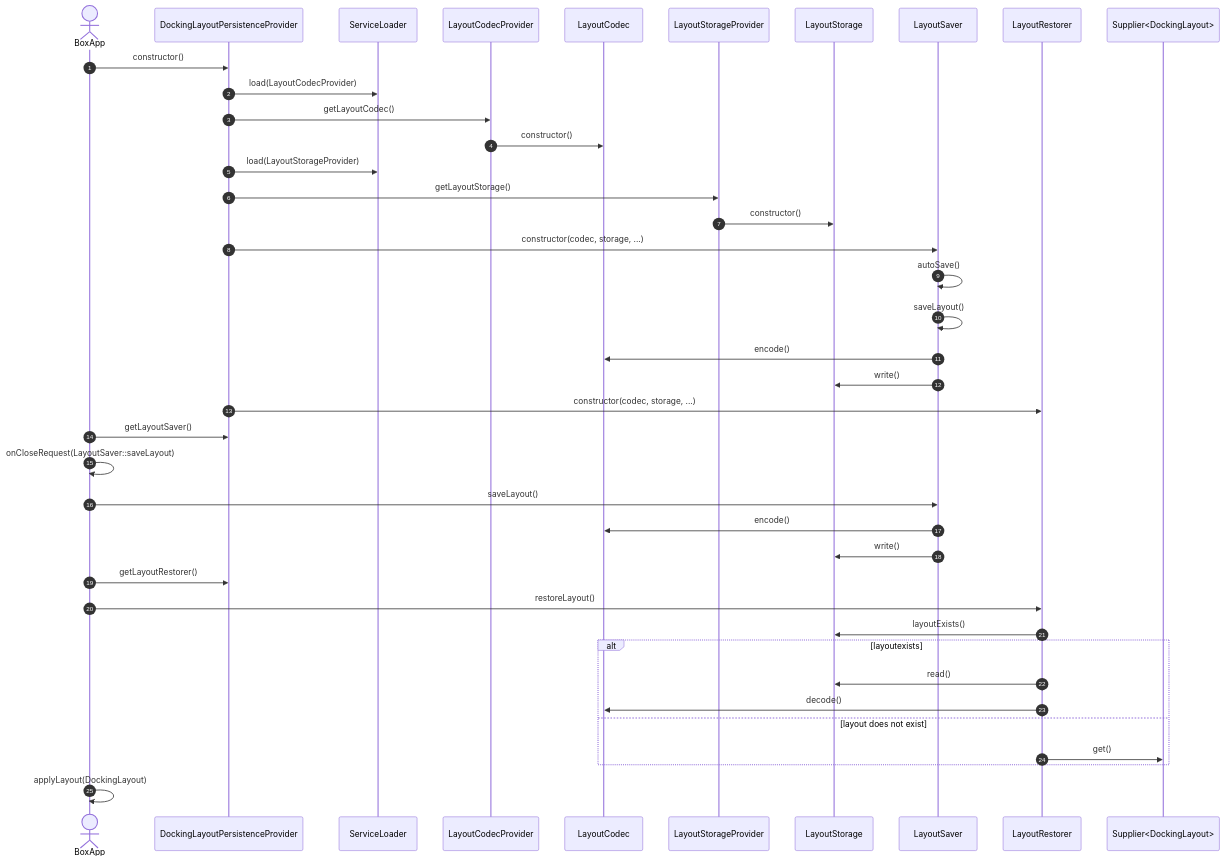
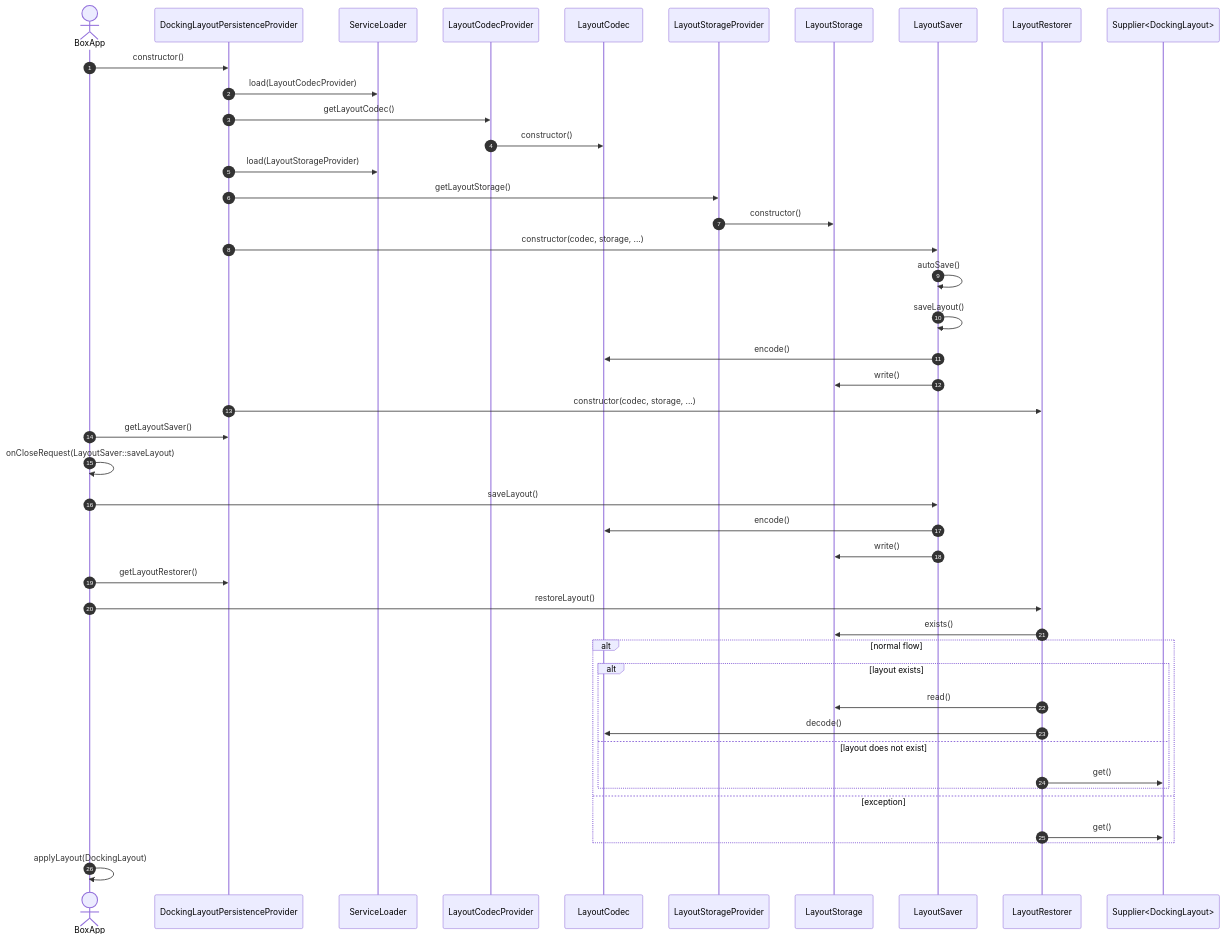
The first of 2 diagrams in assets/docking-layout-persistence-diagrams.md (philliplbryant/BentoFX), drawn with Mermaid before and after one commit. The commit also changed other lines of this file and 1 other file, not shown here.

Commit message:
BENTO-13: * Update design docs to indicate auto saving and restoring default layout.

````diff
--- a/assets/docking-layout-persistence-diagrams.md
+++ b/assets/docking-layout-persistence-diagrams.md
@@ -5,46 +5,50 @@
 ```mermaid
 sequenceDiagram
     autonumber
     actor BoxApp
     participant persistenceProvider as DockingLayoutPersistenceProvider
     participant serviceLoader as ServiceLoader
     participant codecProvider as LayoutCodecProvider
     participant codec as LayoutCodec
     participant storageProvider as LayoutStorageProvider
     participant storage as LayoutStorage
     participant layoutSaver as LayoutSaver
     participant layoutRestorer as LayoutRestorer
     participant supplier as Supplier<DockingLayout>
 
     BoxApp->>persistenceProvider: constructor()
     persistenceProvider->>serviceLoader: load(LayoutCodecProvider)
     persistenceProvider->>codecProvider: getLayoutCodec()
     codecProvider->>codec:constructor()
     persistenceProvider->>serviceLoader: load(LayoutStorageProvider)
     persistenceProvider->>storageProvider: getLayoutStorage()
     storageProvider->>storage:constructor()
     persistenceProvider->>layoutSaver:constructor(codec, storage, ...)
     layoutSaver->>layoutSaver:autoSave()
     layoutSaver->>layoutSaver:saveLayout()
     layoutSaver->>codec:encode()
     layoutSaver->>storage:write()
     persistenceProvider->>layoutRestorer:constructor(codec, storage, ...)
 
     BoxApp->>persistenceProvider:getLayoutSaver()
     BoxApp->>BoxApp:onCloseRequest(LayoutSaver::saveLayout)
     BoxApp->>layoutSaver:saveLayout()
     layoutSaver->>codec:encode()
     layoutSaver->>storage:write()
     
     BoxApp->>persistenceProvider:getLayoutRestorer()
     BoxApp->>layoutRestorer:restoreLayout()
-    layoutRestorer->>storage:layoutExists()
-        alt layoutexists
+    layoutRestorer->>storage:exists()
+    alt normal flow
+        alt layout exists
             layoutRestorer->>storage:read()
             layoutRestorer->>codec:decode()
         else layout does not exist
             layoutRestorer->>supplier:get()
         end
+    else exception
+        layoutRestorer->>supplier:get()
+    end
     BoxApp->>BoxApp:applyLayout(DockingLayout)
     
 ```
````
